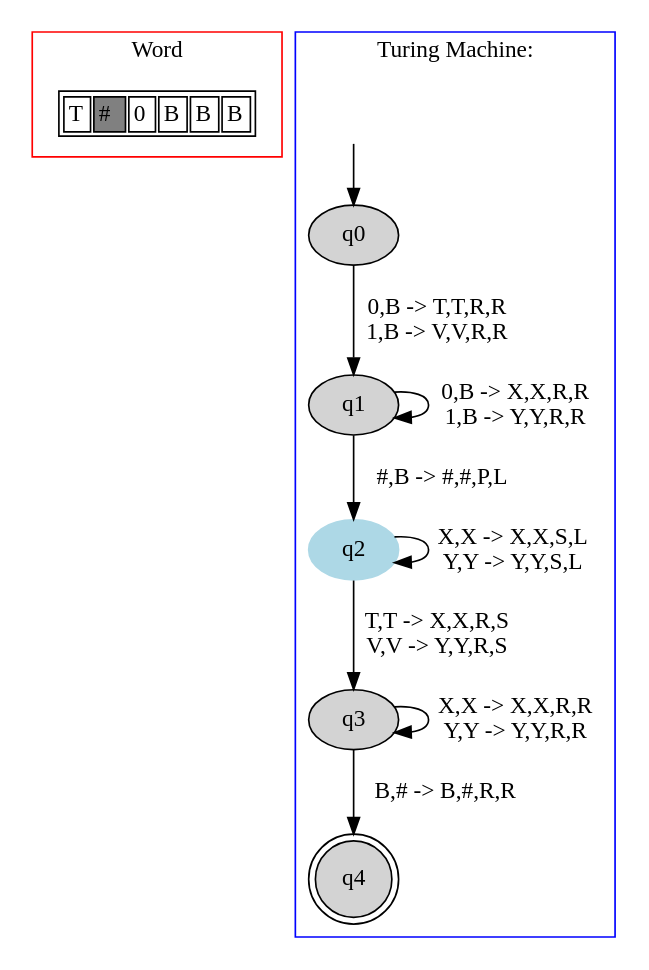
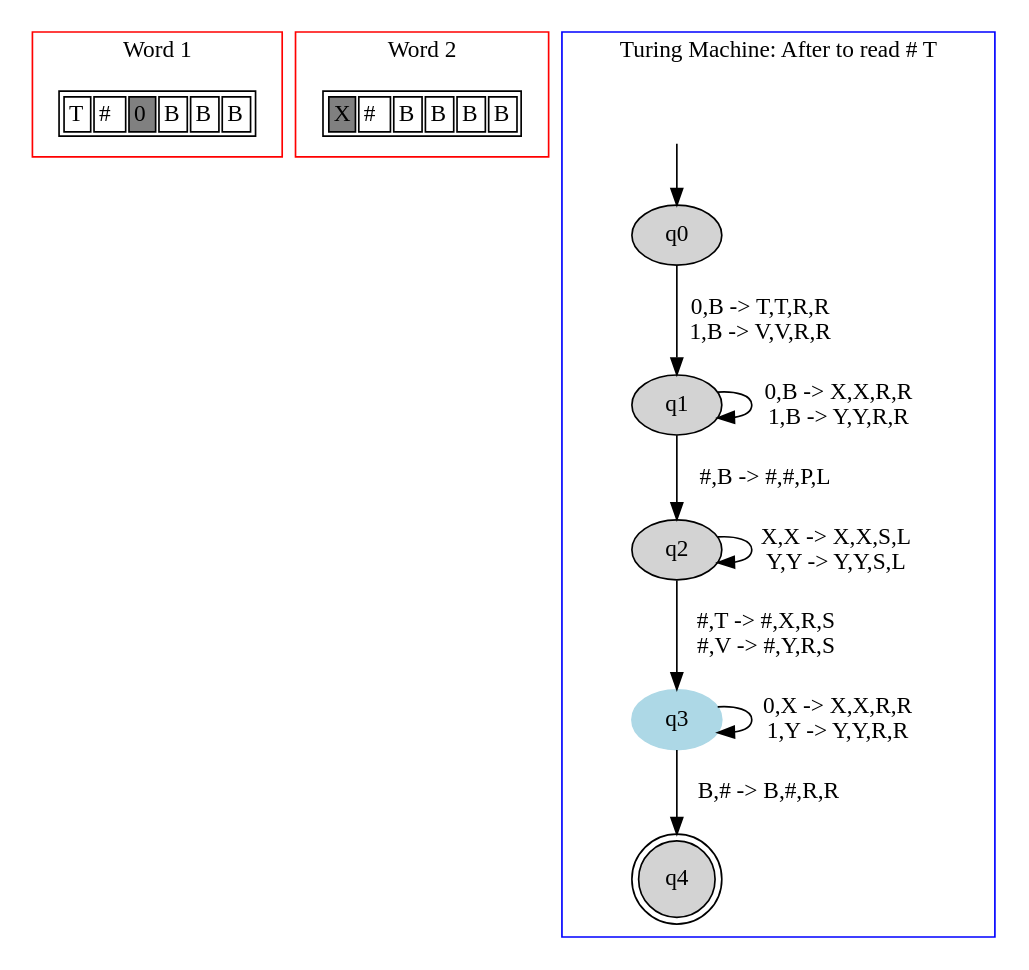
Before and after one commit to danielScLima/turing_machine_2_fitas: the diagram in TM2FITAS/images/file4.dot, drawn with Graphviz. The commit also changed 16 other files, not shown here.

```diff
--- a/TM2FITAS/images/file4.dot
+++ b/TM2FITAS/images/file4.dot
@@ -1,42 +1,58 @@
 digraph G {
 	subgraph cluster_0 {
 		node [shape=plaintext];
 
 struct1 [label=<<TABLE>
 <TR>
 <TD><FONT>T</FONT></TD>
-<TD BGCOLOR="gray"><FONT>#</FONT></TD>
-<TD><FONT>0</FONT></TD>
+<TD><FONT>#</FONT></TD>
+<TD BGCOLOR="gray"><FONT>0</FONT></TD>
 <TD><FONT>B</FONT></TD>
 <TD><FONT>B</FONT></TD>
 <TD><FONT>B</FONT></TD>
 </TR>
 </TABLE>>];
-label = "Word";
+label = "Word 1";
+color=red;
+}
+	subgraph cluster_2 {
+		node [shape=plaintext];
+
+struct2 [label=<<TABLE>
+<TR>
+<TD BGCOLOR="gray"><FONT>X</FONT></TD>
+<TD><FONT>#</FONT></TD>
+<TD><FONT>B</FONT></TD>
+<TD><FONT>B</FONT></TD>
+<TD><FONT>B</FONT></TD>
+<TD><FONT>B</FONT></TD>
+</TR>
+</TABLE>>];
+label = "Word 2";
 color=red;
 }
 	subgraph cluster_1 {
 		node [style=filled];
-		label = "Turing Machine: "
+		label = "Turing Machine: After to read # T"
 		color=blue;
 
 		q0;
 		q1;
-		q2 [color="lightblue"];
-		q3;
+		q2;
+		q3 [color="lightblue"];
 		q4 [shape="doublecircle"];
 		q0->q1[label="0,B -> T,T,R,R
 1,B -> V,V,R,R"];
 		q1->q1[label="0,B -> X,X,R,R
 1,B -> Y,Y,R,R"];
 		q1->q2[label="#,B -> #,#,P,L"];
 		q2->q2[label="X,X -> X,X,S,L
 Y,Y -> Y,Y,S,L"];
-		q2->q3[label="T,T -> X,X,R,S
-V,V -> Y,Y,R,S"];
-		q3->q3[label="X,X -> X,X,R,R
-Y,Y -> Y,Y,R,R"];
+		q2->q3[label="#,T -> #,X,R,S
+#,V -> #,Y,R,S"];
+		q3->q3[label="0,X -> X,X,R,R
+1,Y -> Y,Y,R,R"];
 		q3->q4[label="B,# -> B,#,R,R"];
 x [color=white, label=""];		x->q0	}
 
 }
```
